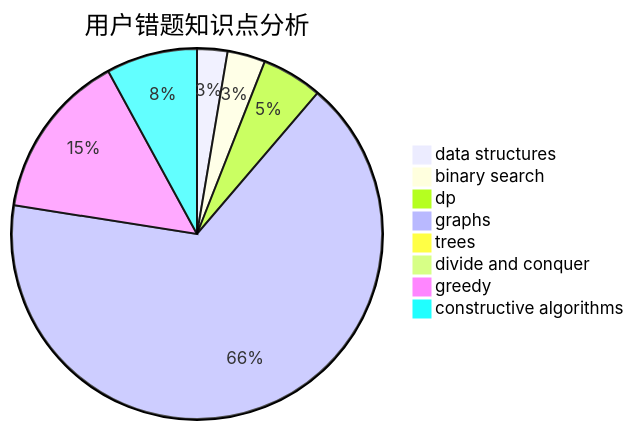
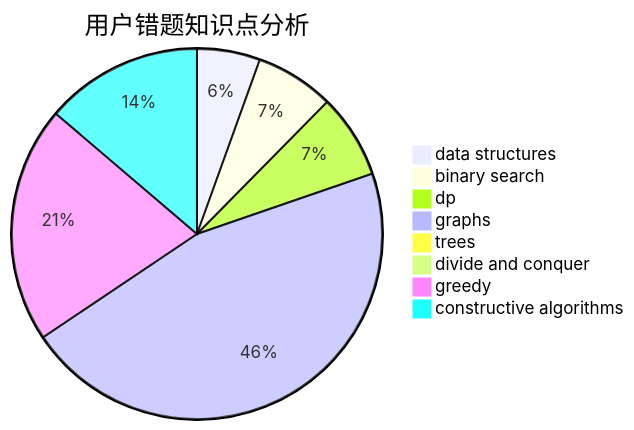
Before and after one commit to sherpahu/cfrs.github.io: the third of 3 diagrams in docs/user/u1398.md, drawn with Mermaid. The commit also changed other lines of this file and 2770 other files, not shown here.

````diff
--- a/docs/user/u1398.md
+++ b/docs/user/u1398.md
@@ -36,11 +36,11 @@
 ```mermaid
 pie title 用户错题知识点分析
-    "data structures" :  4
-    "binary search" :  5
-    "dp" :  8
+    "data structures" :  12
+    "binary search" :  15
+    "dp" :  16
     "graphs" :  100
     "trees" :  0
     "divide and conquer" :  0
-    "greedy" :  22
-    "constructive algorithms" :  12
+    "greedy" :  45
+    "constructive algorithms" :  30
 ```
````
